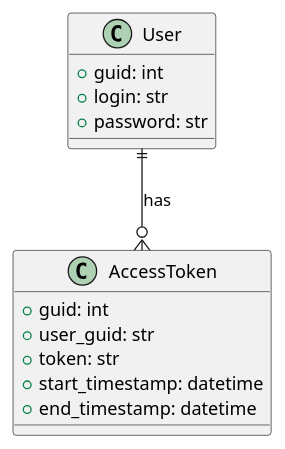
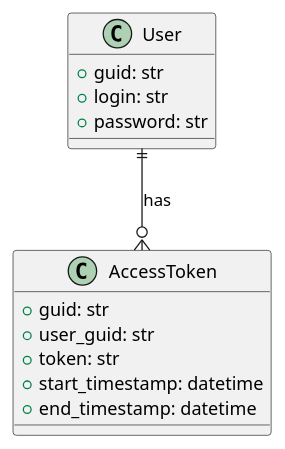
Before and after one commit to disk0Dancer/hse-se-paps: the fourth of 4 diagrams in LabWork3/docs/README.md, drawn with PlantUML. The commit also changed other lines of this file, not shown here.

````diff
--- a/LabWork3/docs/README.md
+++ b/LabWork3/docs/README.md
@@ -197,19 +197,19 @@
 ```plantuml
 @startuml
     
 class User {
-    + guid: int
+    + guid: str
     + login: str
     + password: str
 }
 
 class AccessToken {
-    + guid: int
+    + guid: str
     + user_guid: str
     + token: str
     + start_timestamp: datetime
     + end_timestamp: datetime
 }
 
 User ||--o{ AccessToken : has
 ```
````
